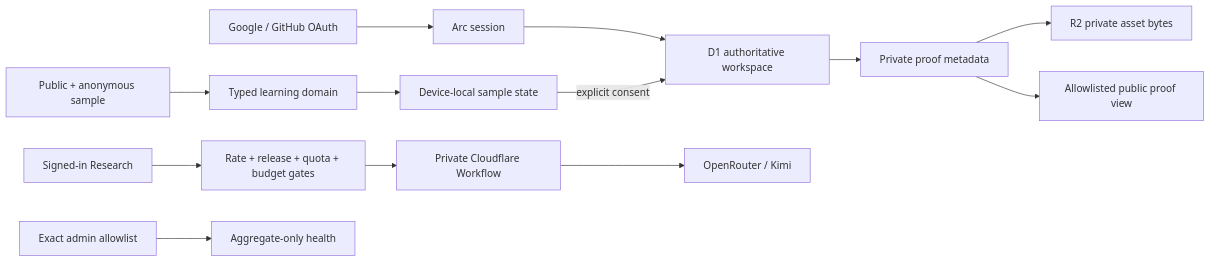
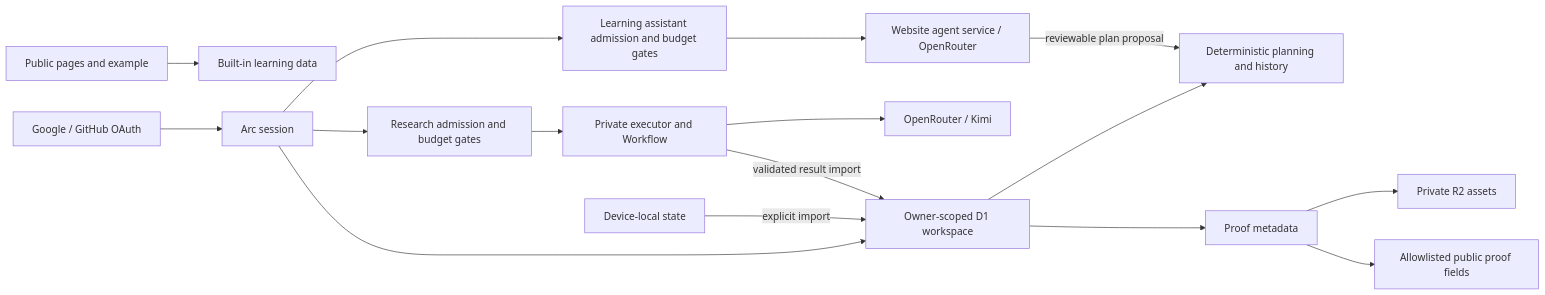
Before and after one commit to Earorua/arc: the diagram in README.md, drawn with Mermaid. The commit also changed other lines of this file and 6 other files, not shown here.

````diff
--- a/README.md
+++ b/README.md
@@ -62,15 +64,18 @@
 ```mermaid
 flowchart LR
-    A[Public + anonymous sample] --> B[Typed learning domain]
-    B --> C[Device-local sample state]
-    D[Google / GitHub OAuth] --> E[Arc session]
-    E --> F[D1 authoritative workspace]
-    C -->|explicit consent| F
-    F --> G[Private proof metadata]
-    G --> H[R2 private asset bytes]
-    G --> I[Allowlisted public proof view]
-    J[Signed-in Research] --> K[Rate + release + quota + budget gates]
-    K --> L[Private Cloudflare Workflow]
-    L --> O[OpenRouter / Kimi]
-    M[Exact admin allowlist] --> N[Aggregate-only health]
+    A[Public pages and example] --> B[Built-in learning data]
+    C[Google / GitHub OAuth] --> D[Arc session]
+    D --> E[Owner-scoped D1 workspace]
+    F[Device-local state] -->|explicit import| E
+    E --> G[Deterministic planning and history]
+    E --> H[Proof metadata]
+    H --> I[Private R2 assets]
+    H --> J[Allowlisted public proof fields]
+    D --> K[Research admission and budget gates]
+    K --> L[Private executor and Workflow]
+    L --> M[OpenRouter / Kimi]
+    L -->|validated result import| E
+    D --> N[Learning assistant admission and budget gates]
+    N --> O[Website agent service / OpenRouter]
+    O -->|reviewable plan proposal| G
 ```
````
